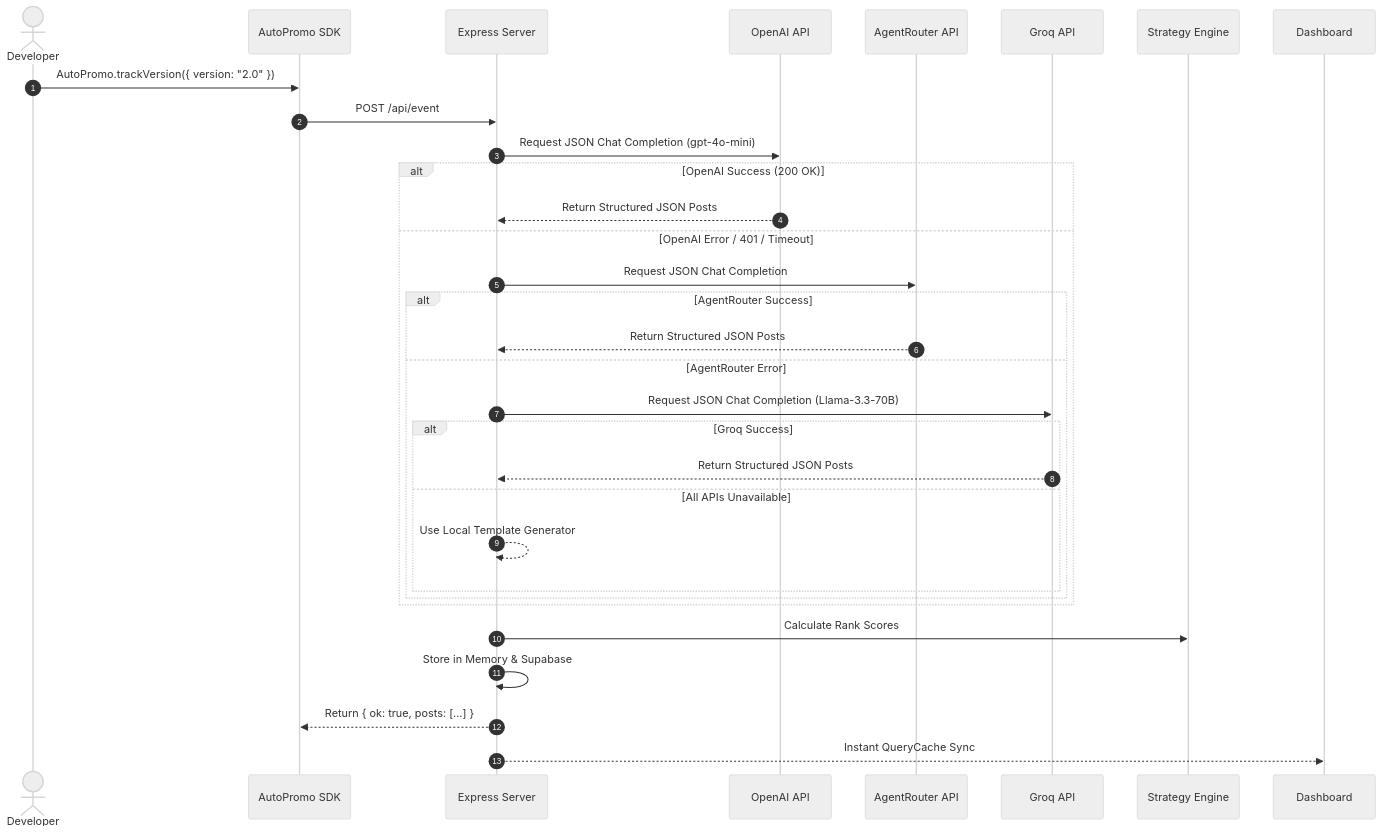
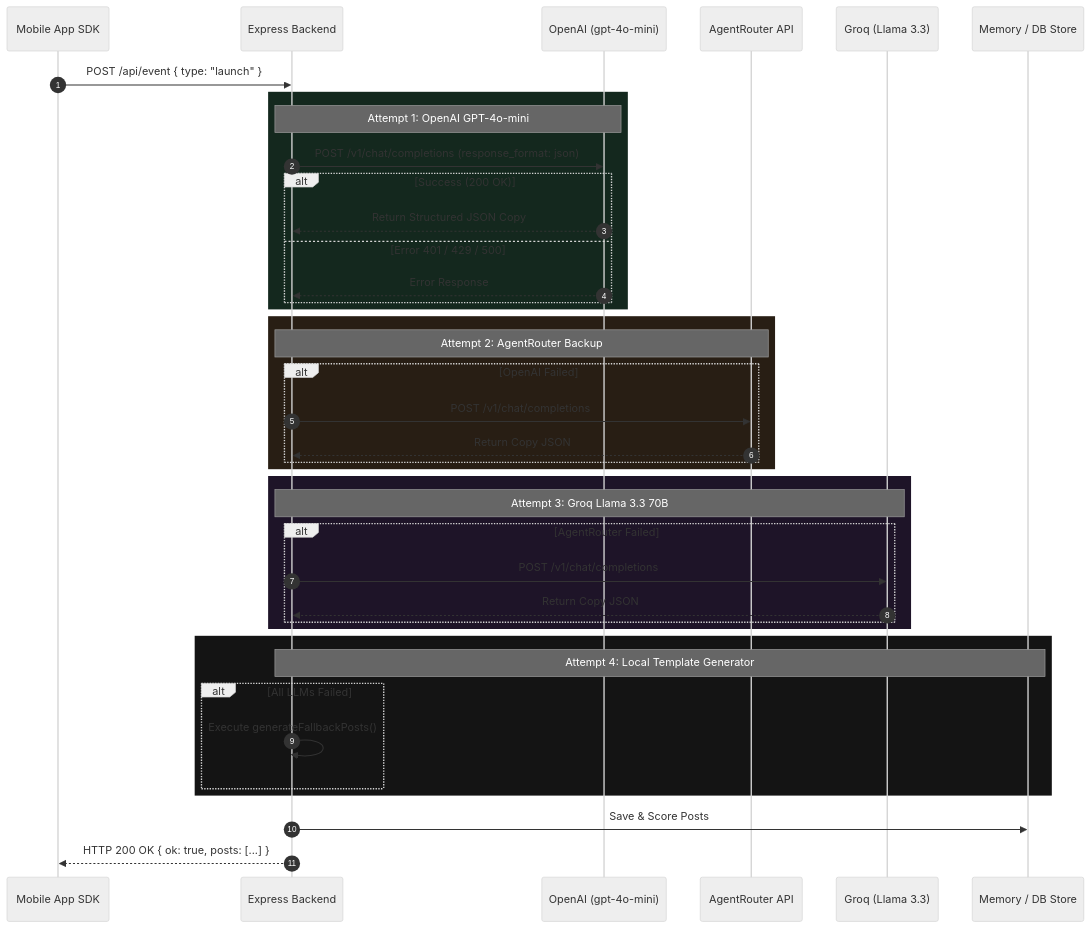
Before and after one commit to HackOnVibeCom/mv6prr2xzw30kp265248sds7act2z8ndw5ze5524: the third of 3 diagrams in README.md, drawn with Mermaid (neutral theme). The commit also changed other lines of this file, not shown here.

Commit message:
docs: overhaul README with high-impact ASCII banner, executive summary, and 3 Mermaid diagrams

````diff
--- a/README.md
+++ b/README.md
@@ -117,37 +159,48 @@
 ```mermaid
 sequenceDiagram
     autonumber
-    actor Developer
-    participant SDK as AutoPromo SDK
-    participant Server as Express Server
-    participant OpenAI as OpenAI API
+    participant App as Mobile App SDK
+    participant Server as Express Backend
+    participant OpenAI as OpenAI (gpt-4o-mini)
     participant AgentRouter as AgentRouter API
-    participant Groq as Groq API
-    participant Strategy as Strategy Engine
-    participant UI as Dashboard
+    participant Groq as Groq (Llama 3.3)
+    participant Cache as Memory / DB Store
 
-    Developer->>SDK: AutoPromo.trackVersion({ version: "2.0" })
-    SDK->>Server: POST /api/event
-    Server->>OpenAI: Request JSON Chat Completion (gpt-4o-mini)
+    App->>Server: POST /api/event { type: "launch" }
     
-    alt OpenAI Success (200 OK)
-        OpenAI-->>Server: Return Structured JSON Posts
-    else OpenAI Error / 401 / Timeout
-        Server->>AgentRouter: Request JSON Chat Completion
-        alt AgentRouter Success
-            AgentRouter-->>Server: Return Structured JSON Posts
-        else AgentRouter Error
-            Server->>Groq: Request JSON Chat Completion (Llama-3.3-70B)
-            alt Groq Success
-                Groq-->>Server: Return Structured JSON Posts
-            else All APIs Unavailable
-                Server-->>Server: Use Local Template Generator
-            end
+    rect rgb(20, 40, 30)
+        Note over Server,OpenAI: Attempt 1: OpenAI GPT-4o-mini
+        Server->>OpenAI: POST /v1/chat/completions (response_format: json)
+        alt Success (200 OK)
+            OpenAI-->>Server: Return Structured JSON Copy
+        else Error 401 / 429 / 500
+            OpenAI-->>Server: Error Response
         end
     end
 
-    Server->>Strategy: Calculate Rank Scores
-    Server->>Server: Store in Memory & Supabase
-    Server-->>SDK: Return { ok: true, posts: [...] }
-    Server-->>UI: Instant QueryCache Sync
+    rect rgb(40, 30, 20)
+        Note over Server,AgentRouter: Attempt 2: AgentRouter Backup
+        alt OpenAI Failed
+            Server->>AgentRouter: POST /v1/chat/completions
+            AgentRouter-->>Server: Return Copy JSON
+        end
+    end
+
+    rect rgb(30, 20, 40)
+        Note over Server,Groq: Attempt 3: Groq Llama 3.3 70B
+        alt AgentRouter Failed
+            Server->>Groq: POST /v1/chat/completions
+            Groq-->>Server: Return Copy JSON
+        end
+    end
+
+    rect rgb(20, 20, 20)
+        Note over Server,Cache: Attempt 4: Local Template Generator
+        alt All LLMs Failed
+            Server->>Server: Execute generateFallbackPosts()
+        end
+    end
+
+    Server->>Cache: Save & Score Posts
+    Server-->>App: HTTP 200 OK { ok: true, posts: [...] }
 ```
````
